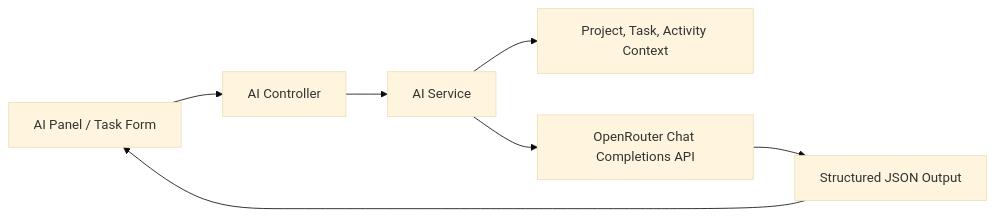
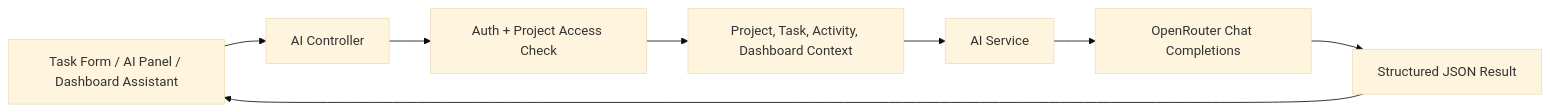
The fifth of 6 diagrams in docs/HLD.md (ashwanibaghel/WorkOS), drawn with Mermaid (base theme) before and after one commit. The commit also changed other lines of this file and 3 other files, not shown here.

````diff
--- a/docs/HLD.md
+++ b/docs/HLD.md
@@ -133,9 +201,10 @@
 ```mermaid
 flowchart LR
-  Frontend["AI Panel / Task Form"] --> AIController["AI Controller"]
-  AIController --> AIService["AI Service"]
-  AIService --> Context["Project, Task, Activity Context"]
-  AIService --> OpenRouter["OpenRouter Chat Completions API"]
-  OpenRouter --> Schema["Structured JSON Output"]
-  Schema --> Frontend
+  UI["Task Form / AI Panel / Dashboard Assistant"] --> AIController["AI Controller"]
+  AIController --> Access["Auth + Project Access Check"]
+  Access --> Context["Project, Task, Activity, Dashboard Context"]
+  Context --> AIService["AI Service"]
+  AIService --> OpenRouter["OpenRouter Chat Completions"]
+  OpenRouter --> JSON["Structured JSON Result"]
+  JSON --> UI
 ```
````
